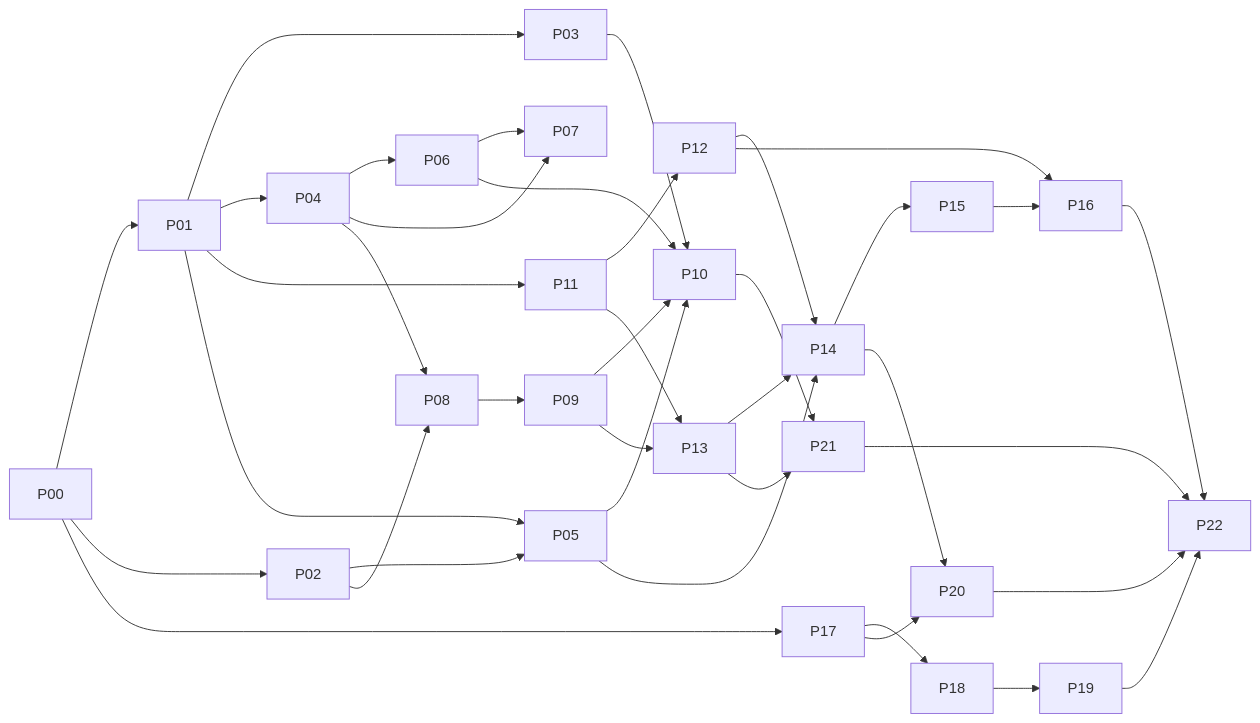
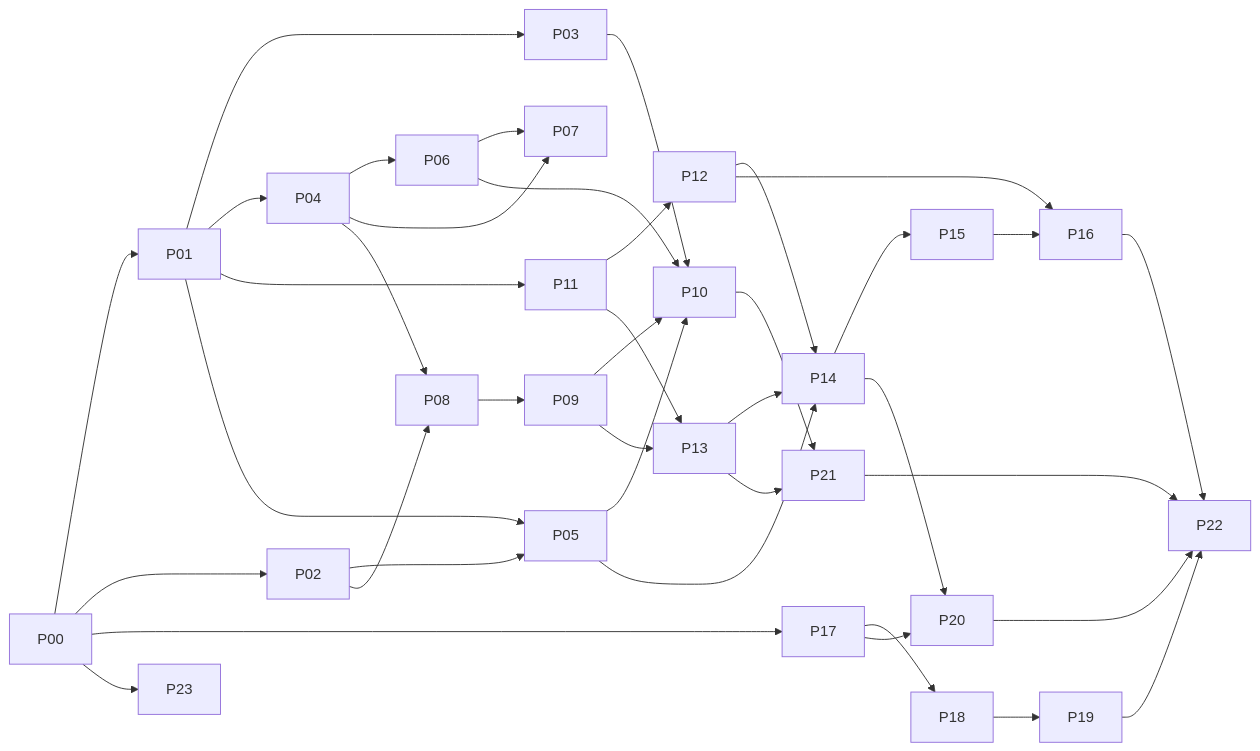
The diagram in docs/14_Build_Plan.md (Kitalon-Labs-LLC/neogold), drawn with Mermaid before and after one commit. The commit also changed other lines of this file and 22 other files, not shown here.

````diff
--- a/docs/14_Build_Plan.md
+++ b/docs/14_Build_Plan.md
@@ -62,40 +63,41 @@
 ```mermaid
 flowchart LR
     P00 --> P01
     P00 --> P02
     P00 --> P17
+    P00 --> P23
     P01 --> P03
     P01 --> P04
     P01 --> P11
     P02 --> P05
     P01 --> P05
     P04 --> P06
     P04 --> P07
     P06 --> P07
     P02 --> P08
     P04 --> P08
     P08 --> P09
     P03 --> P10
     P05 --> P10
     P06 --> P10
     P09 --> P10
     P11 --> P12
     P09 --> P13
     P11 --> P13
     P05 --> P14
     P12 --> P14
     P13 --> P14
     P14 --> P15
     P12 --> P16
     P15 --> P16
     P17 --> P18
     P18 --> P19
     P14 --> P20
     P17 --> P20
     P10 --> P21
     P13 --> P21
     P16 --> P22
     P19 --> P22
     P20 --> P22
     P21 --> P22
 ```
````
